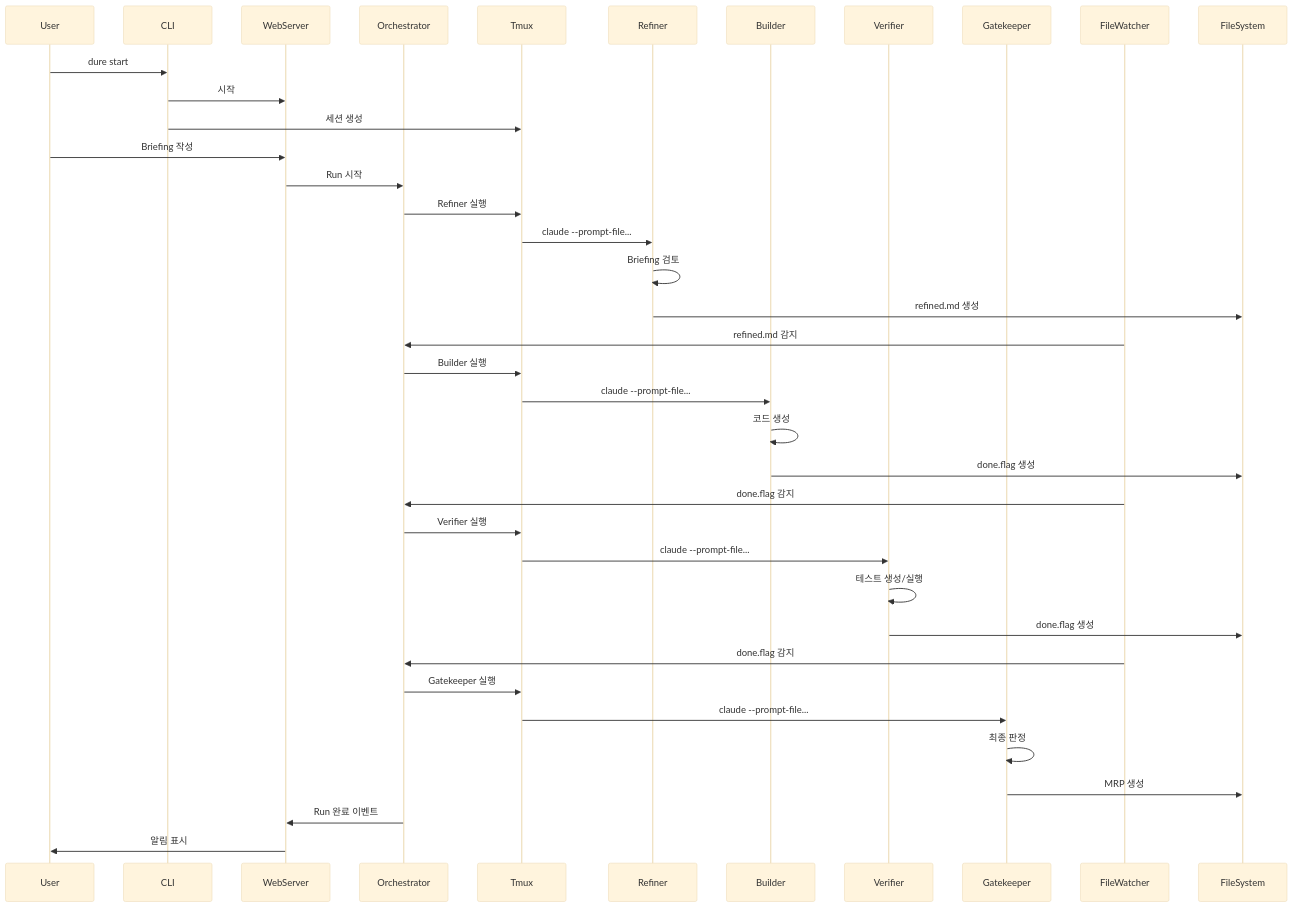
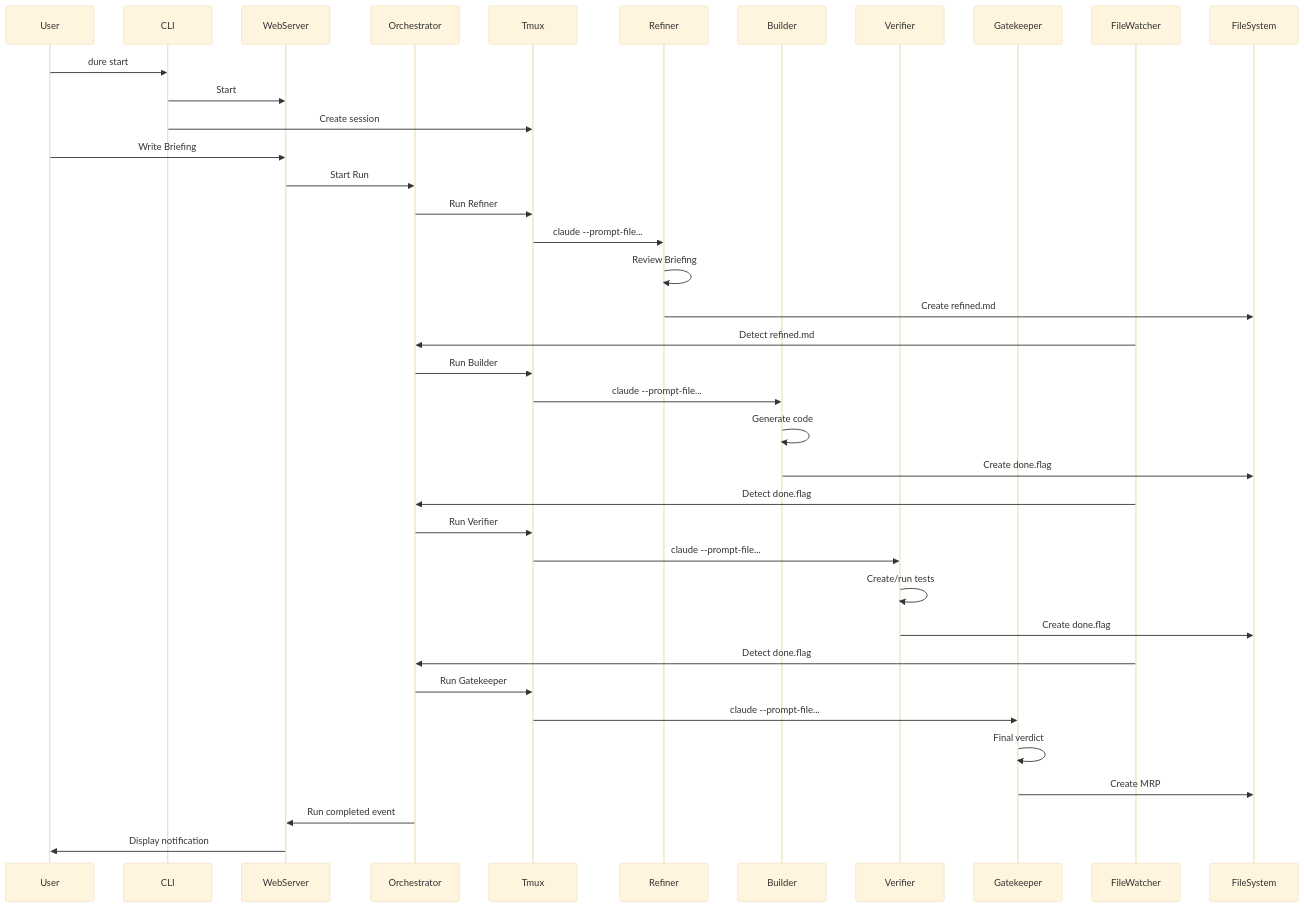
One commit to choo121600/dure changed the second of 2 diagrams in docs/architecture/overview.md. Above: the diagram before and after it, drawn with Mermaid (base theme). The commit also changed other lines of this file and 38 other files, not shown here.

````diff
--- a/docs/architecture/overview.md
+++ b/docs/architecture/overview.md
@@ -205,49 +205,49 @@
 ```mermaid
 sequenceDiagram
     participant User
     participant CLI
     participant WebServer
     participant Orchestrator
     participant Tmux
     participant Refiner
     participant Builder
     participant Verifier
     participant Gatekeeper
     participant FileWatcher
 
     User->>CLI: dure start
-    CLI->>WebServer: 시작
-    CLI->>Tmux: 세션 생성
+    CLI->>WebServer: Start
+    CLI->>Tmux: Create session
 
-    User->>WebServer: Briefing 작성
-    WebServer->>Orchestrator: Run 시작
-    Orchestrator->>Tmux: Refiner 실행
+    User->>WebServer: Write Briefing
+    WebServer->>Orchestrator: Start Run
+    Orchestrator->>Tmux: Run Refiner
     Tmux->>Refiner: claude --prompt-file...
 
-    Refiner->>Refiner: Briefing 검토
-    Refiner->>FileSystem: refined.md 생성
+    Refiner->>Refiner: Review Briefing
+    Refiner->>FileSystem: Create refined.md
 
-    FileWatcher->>Orchestrator: refined.md 감지
-    Orchestrator->>Tmux: Builder 실행
+    FileWatcher->>Orchestrator: Detect refined.md
+    Orchestrator->>Tmux: Run Builder
     Tmux->>Builder: claude --prompt-file...
 
-    Builder->>Builder: 코드 생성
-    Builder->>FileSystem: done.flag 생성
+    Builder->>Builder: Generate code
+    Builder->>FileSystem: Create done.flag
 
-    FileWatcher->>Orchestrator: done.flag 감지
-    Orchestrator->>Tmux: Verifier 실행
+    FileWatcher->>Orchestrator: Detect done.flag
+    Orchestrator->>Tmux: Run Verifier
     Tmux->>Verifier: claude --prompt-file...
 
-    Verifier->>Verifier: 테스트 생성/실행
-    Verifier->>FileSystem: done.flag 생성
+    Verifier->>Verifier: Create/run tests
+    Verifier->>FileSystem: Create done.flag
 
-    FileWatcher->>Orchestrator: done.flag 감지
-    Orchestrator->>Tmux: Gatekeeper 실행
+    FileWatcher->>Orchestrator: Detect done.flag
+    Orchestrator->>Tmux: Run Gatekeeper
     Tmux->>Gatekeeper: claude --prompt-file...
 
-    Gatekeeper->>Gatekeeper: 최종 판정
-    Gatekeeper->>FileSystem: MRP 생성
+    Gatekeeper->>Gatekeeper: Final verdict
+    Gatekeeper->>FileSystem: Create MRP
 
-    Orchestrator->>WebServer: Run 완료 이벤트
-    WebServer->>User: 알림 표시
+    Orchestrator->>WebServer: Run completed event
+    WebServer->>User: Display notification
 ```
````
